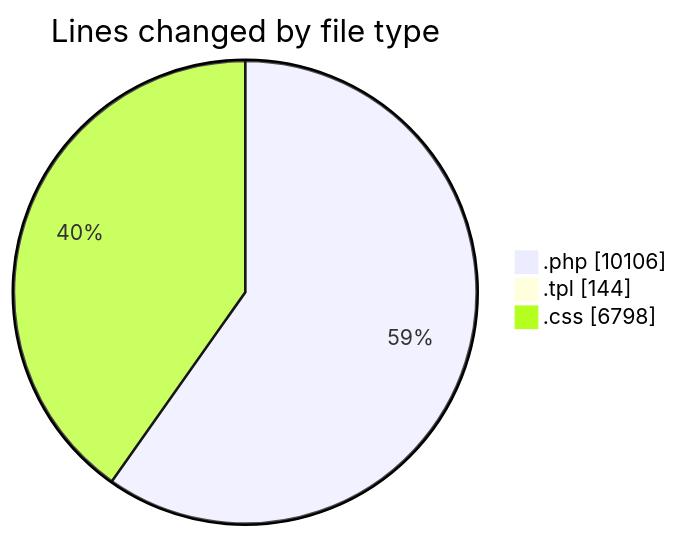
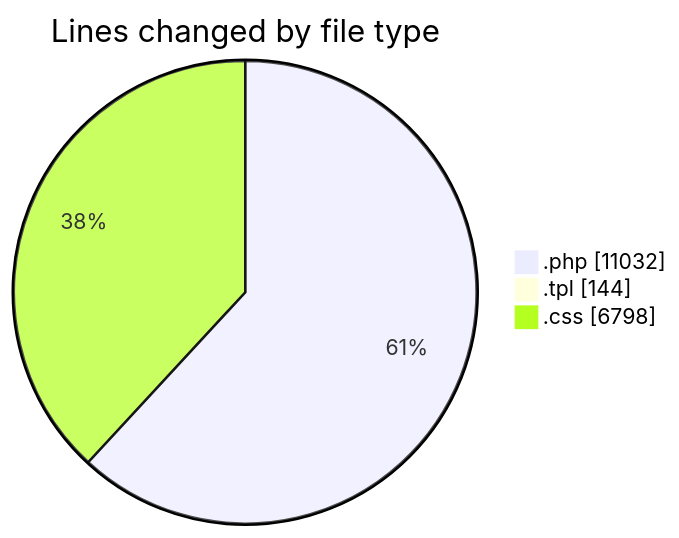
One commit to vahidmafi/code-tracking changed the first of 2 diagrams in 2025-10-04/shop/README.md. Above: the diagram before and after it, drawn with Mermaid. The commit also changed other lines of this file and 1 other file, not shown here.

````diff
--- a/2025-10-04/shop/README.md
+++ b/2025-10-04/shop/README.md
@@ -39,7 +40,7 @@
 ```mermaid
 pie showData
 title Lines changed by file type
-".php" : 10106
+".php" : 11032
 ".tpl" : 144
 ".css" : 6798
 ```
````
